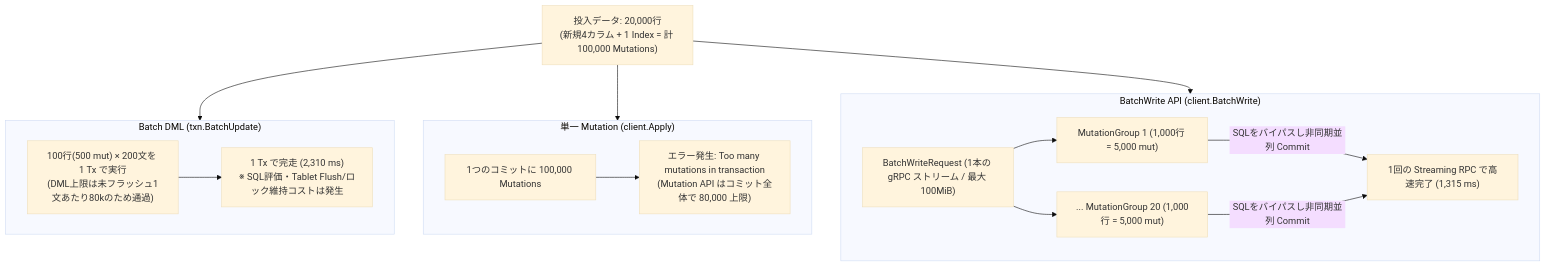
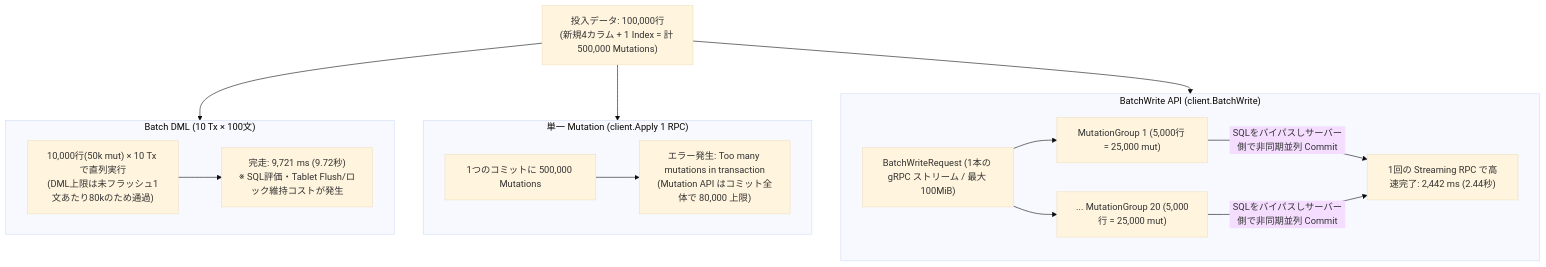
One commit to michity15169/zenn-content changed the fourth of 6 diagrams in articles/7aad16e9b5760d.md. Above: the diagram before and after it, drawn with Mermaid (base theme). The commit also changed other lines of this file, not shown here.

````diff
--- a/articles/7aad16e9b5760d.md
+++ b/articles/7aad16e9b5760d.md
@@ -372,28 +409,28 @@
 ```mermaid
 flowchart TD
-    Data["投入データ: 20,000行\n(新規4カラム + 1 Index = 計 100,000 Mutations)"]
+    Data["投入データ: 100,000行\n(新規4カラム + 1 Index = 計 500,000 Mutations)"]
 
-    subgraph BatchDML20k ["Batch DML (txn.BatchUpdate)"]
-        DMLStmts["100行(500 mut) × 200文を 1 Tx で実行\n(DML上限は未フラッシュ1文あたり80kのため通過)"]
-        DMLDone["1 Tx で完走 (2,310 ms)\n※ SQL評価・Tablet Flush/ロック維持コストは発生"]
+    subgraph BatchDML100k ["Batch DML (10 Tx × 100文)"]
+        DMLStmts["10,000行(50k mut) × 10 Tx で直列実行\n(DML上限は未フラッシュ1文あたり80kのため通過)"]
+        DMLDone["完走: 9,721 ms (9.72秒)\n※ SQL評価・Tablet Flush/ロック維持コストが発生"]
         DMLStmts --> DMLDone
     end
 
-    subgraph SingleApply ["単一 Mutation (client.Apply)"]
-        TxSingle["1つのコミットに 100,000 Mutations"]
+    subgraph SingleApply ["単一 Mutation (client.Apply 1 RPC)"]
+        TxSingle["1つのコミットに 500,000 Mutations"]
         Err["エラー発生: Too many mutations in transaction\n(Mutation API はコミット全体で 80,000 上限)"]
         TxSingle --> Err
     end
 
     subgraph BatchWriteAPI ["BatchWrite API (client.BatchWrite)"]
         Stream["BatchWriteRequest (1本の gRPC ストリーム / 最大 100MiB)"]
-        MG1["MutationGroup 1 (1,000行 = 5,000 mut)"]
-        MGN["... MutationGroup 20 (1,000行 = 5,000 mut)"]
+        MG1["MutationGroup 1 (5,000行 = 25,000 mut)"]
+        MGN["... MutationGroup 20 (5,000行 = 25,000 mut)"]
         Stream --> MG1 & MGN
-        MG1 & MGN -->|"SQLをバイパスし非同期並列 Commit"| BWDone["1回の Streaming RPC で高速完了 (1,315 ms)"]
+        MG1 & MGN -->|"SQLをバイパスしサーバー側で非同期並列 Commit"| BWDone["1回の Streaming RPC で高速完了: 2,442 ms (2.44秒)"]
     end
 
-    Data --> BatchDML20k
+    Data --> BatchDML100k
     Data --> SingleApply
     Data --> BatchWriteAPI
 ```
````
